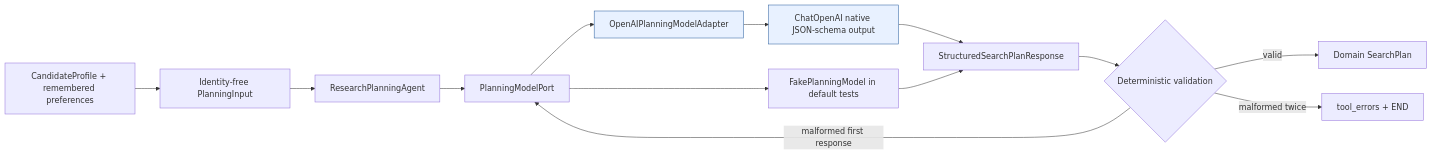
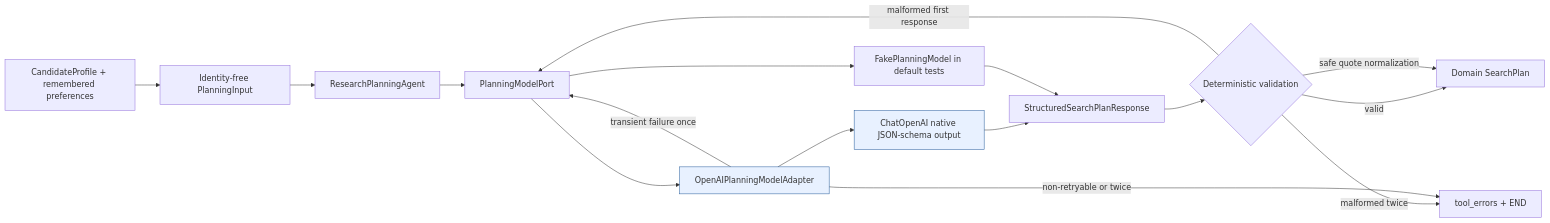
The fourth of 19 diagrams in projects/scholar-path/README.md (shanly-rajan/ai-builder), drawn with Mermaid before and after one commit. The commit also changed other lines of this file and 11 other files, not shown here.

````diff
--- a/projects/scholar-path/README.md
+++ b/projects/scholar-path/README.md
@@ -254,18 +254,21 @@
 ```mermaid
 flowchart LR
     State[CandidateProfile + remembered preferences] --> Input[Identity-free PlanningInput]
     Input --> Agent[ResearchPlanningAgent]
     Agent --> Port[PlanningModelPort]
     Port --> Fake[FakePlanningModel in default tests]
     Port --> Adapter[OpenAIPlanningModelAdapter]
     Adapter --> Native[ChatOpenAI native JSON-schema output]
     Native --> DTO[StructuredSearchPlanResponse]
     Fake --> DTO
     DTO --> Validate{Deterministic validation}
     Validate -->|valid| Plan[Domain SearchPlan]
+    Validate -->|safe quote normalization| Plan
     Validate -->|malformed first response| Port
     Validate -->|malformed twice| Error[tool_errors + END]
+    Adapter -->|transient failure once| Port
+    Adapter -->|non-retryable or twice| Error
 
     classDef external fill:#e8f1ff,stroke:#245a9b;
     class Adapter,Native external;
 ```
````
